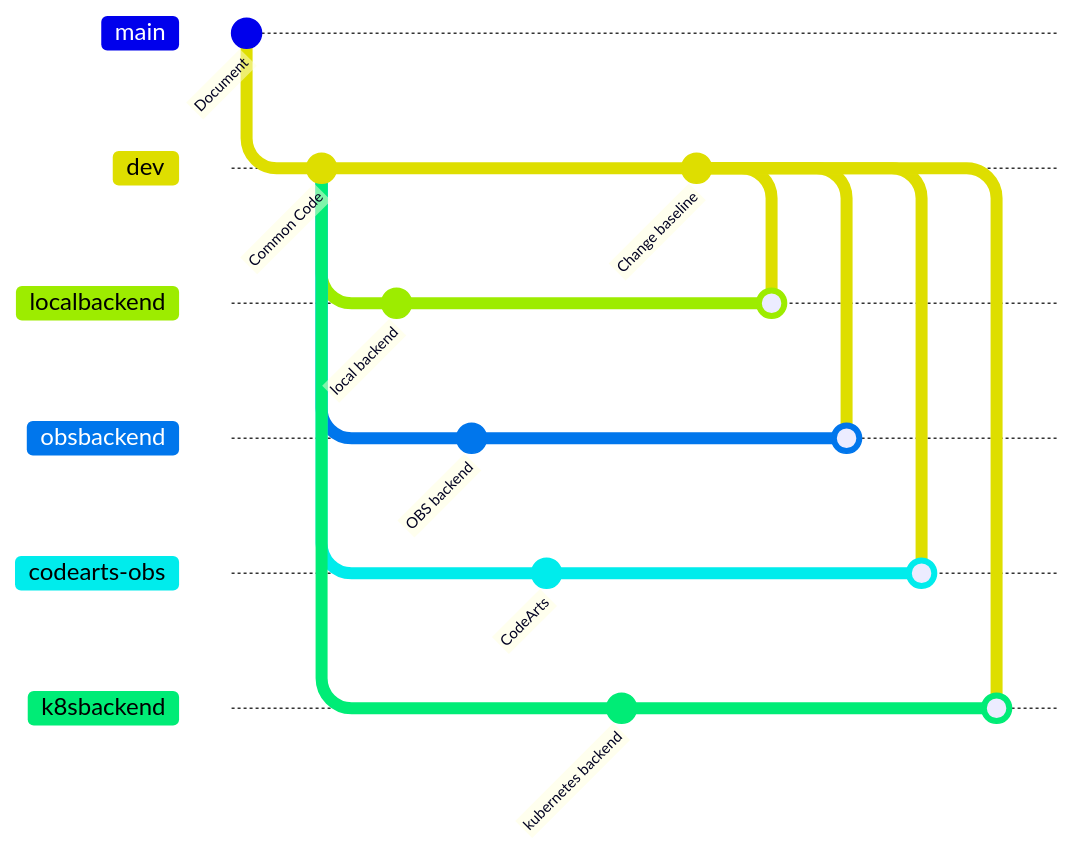
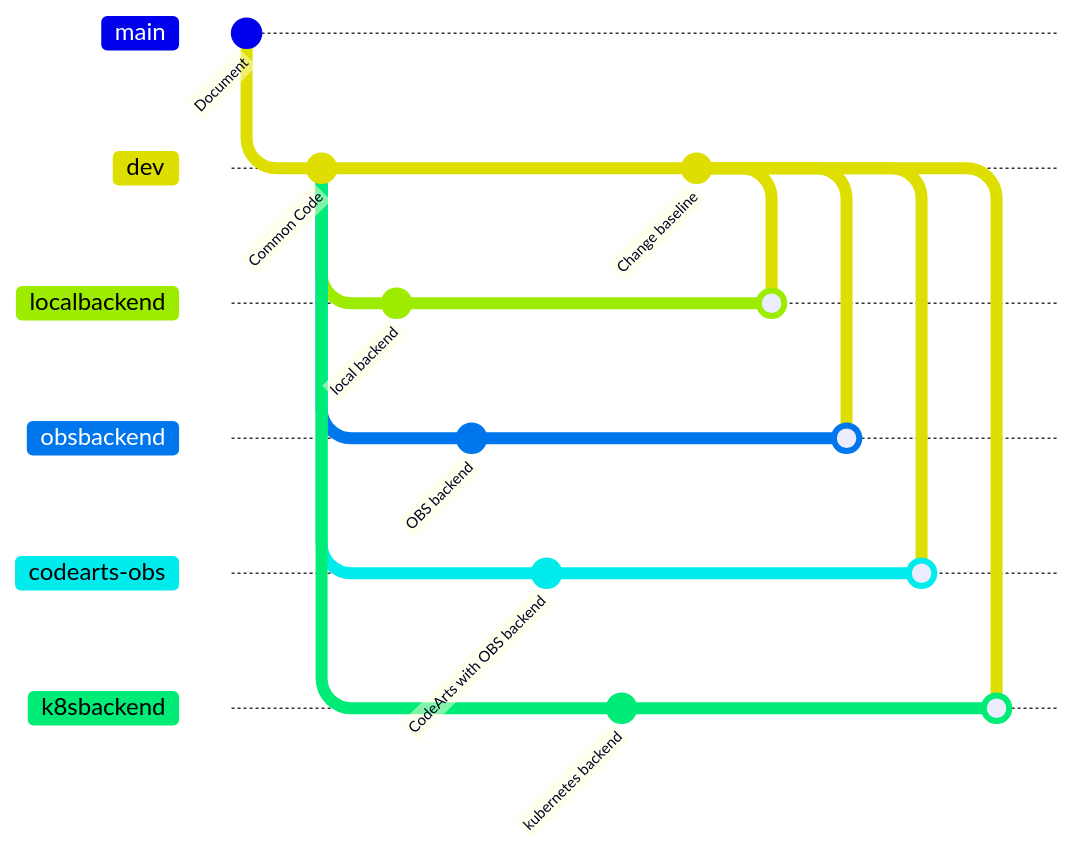
The diagram in README.md (Huawei-APAC-Professional-Services/hfa), drawn with Mermaid before and after one commit. The commit also changed 25 other files, not shown here.

````diff
--- a/README.md
+++ b/README.md
@@ -55,27 +55,27 @@
 ```mermaid
 gitGraph
     commit id: "Document"
     branch dev
     commit id: "Common Code"
     branch localbackend
     commit id: "local backend"
     checkout dev
     branch obsbackend
     commit id: "OBS backend"
     checkout dev
     branch codearts-obs
-    commit id: "CodeArts"
+    commit id: "CodeArts with OBS backend"
     checkout dev
     branch k8sbackend
     commit id: "kubernetes backend"
     checkout dev
     commit id: "Change baseline"
     checkout localbackend
     merge dev
     checkout obsbackend
     merge dev
     checkout codearts-obs
     merge dev
     checkout k8sbackend
     merge dev
 ```
````
